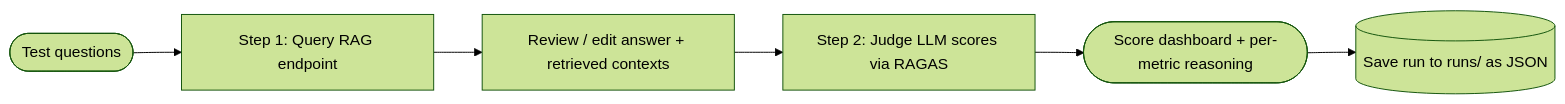
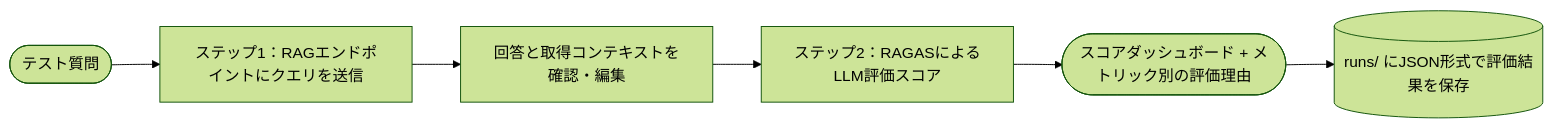
One commit to git4rajmohan/AI_Projects changed the diagram in 02-RAG-Knowledge/RAG-Evaluation-Harness/README.ja.md. Above: the diagram before and after it, drawn with Mermaid (forest theme). The commit also changed other lines of this file, not shown here.

````diff
--- a/02-RAG-Knowledge/RAG-Evaluation-Harness/README.ja.md
+++ b/02-RAG-Knowledge/RAG-Evaluation-Harness/README.ja.md
@@ -110,8 +110,8 @@
 ```mermaid
 flowchart LR
-    A([Test questions]) --> B["Step 1: Query RAG endpoint"]
-    B --> C[Review / edit answer + retrieved contexts]
-    C --> D["Step 2: Judge LLM scores via RAGAS"]
-    D --> E([Score dashboard + per-metric reasoning])
-    E --> F[(Save run to runs/ as JSON)]
+    A([テスト質問]) --> B["ステップ1：RAGエンドポイントにクエリを送信"]
+    B --> C[回答と取得コンテキストを確認・編集]
+    C --> D["ステップ2：RAGASによるLLM評価スコア"]
+    D --> E([スコアダッシュボード + メトリック別の評価理由])
+    E --> F[(runs/ にJSON形式で評価結果を保存)]
 ```
````
